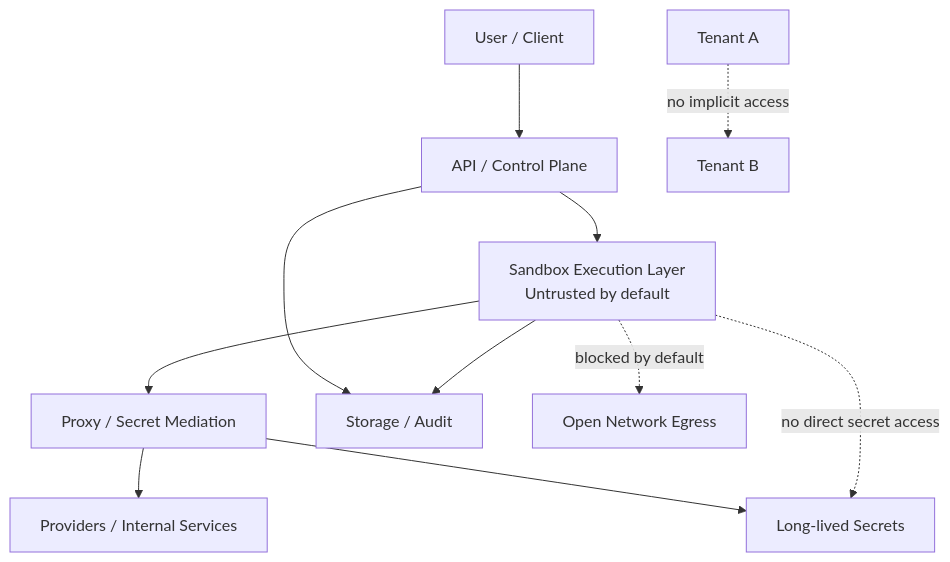
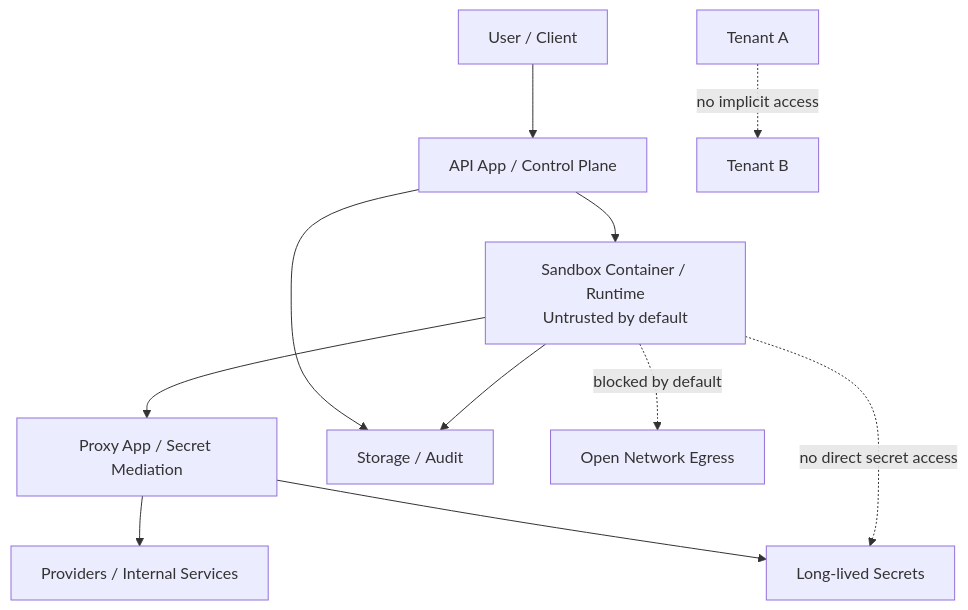
Before and after one commit to wontaeJeong/agentsty: the diagram in docs/security.md, drawn with Mermaid. The commit also changed 1 other file, not shown here.

Commit message:
Add service-oriented architecture diagram

````diff
--- a/docs/security.md
+++ b/docs/security.md
@@ -35,25 +35,25 @@
 ```mermaid
 flowchart TD
     caller[User / Client]
-    cp[API / Control Plane]
-    sb[Sandbox Execution Layer<br/>Untrusted by default]
-    px[Proxy / Secret Mediation]
+    cp[API App / Control Plane]
+    sb[Sandbox Container / Runtime<br/>Untrusted by default]
+    px[Proxy App / Secret Mediation]
     prov[Providers / Internal Services]
     store[Storage / Audit]
     sec[Long-lived Secrets]
     t1[Tenant A]
     t2[Tenant B]
     net[Open Network Egress]
 
     caller --> cp
     cp --> sb
     cp --> store
     sb --> px
     px --> prov
     px --> sec
     sb --> store
 
     sb -. blocked by default .-> net
     sb -. no direct secret access .-> sec
     t1 -. no implicit access .-> t2
 ```
````
